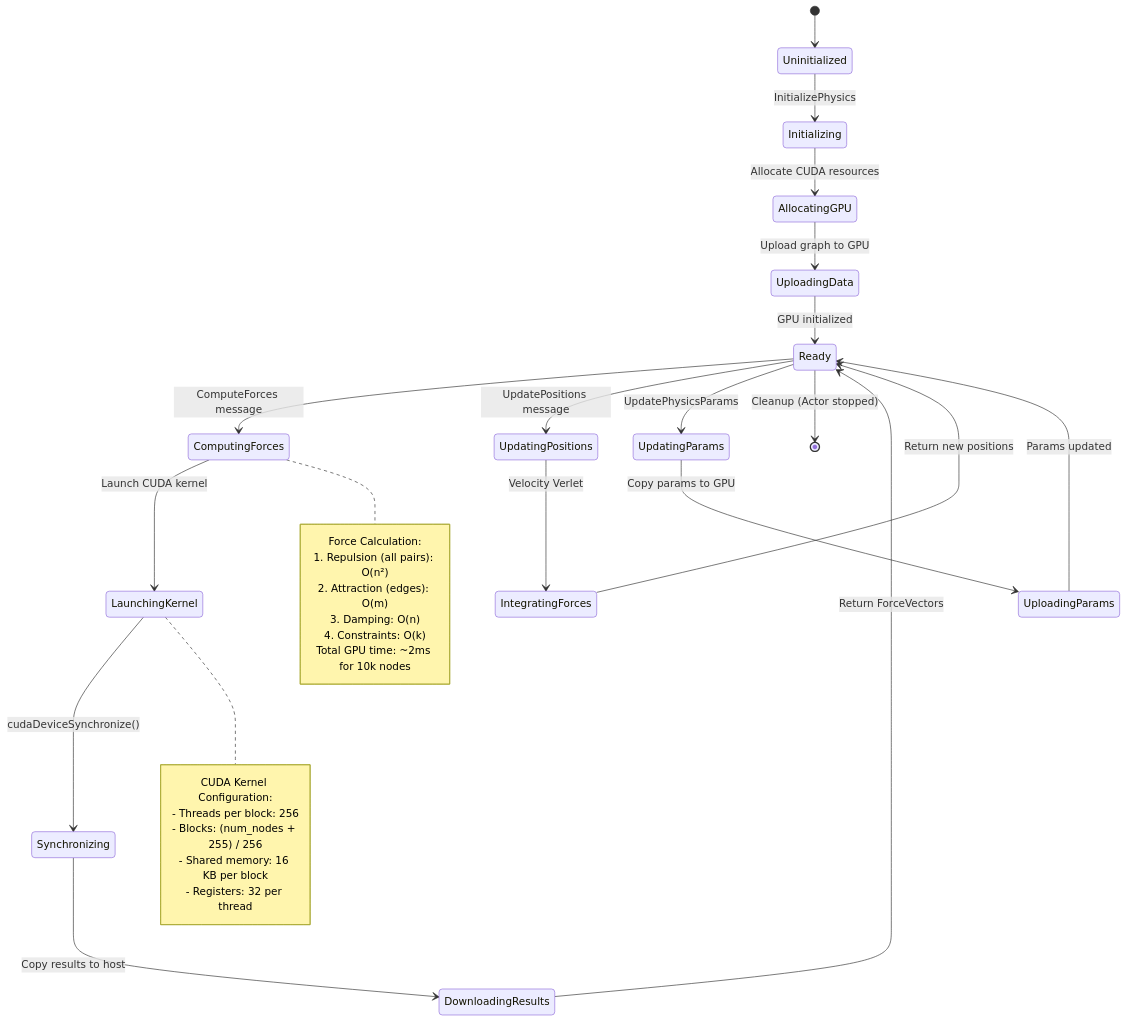
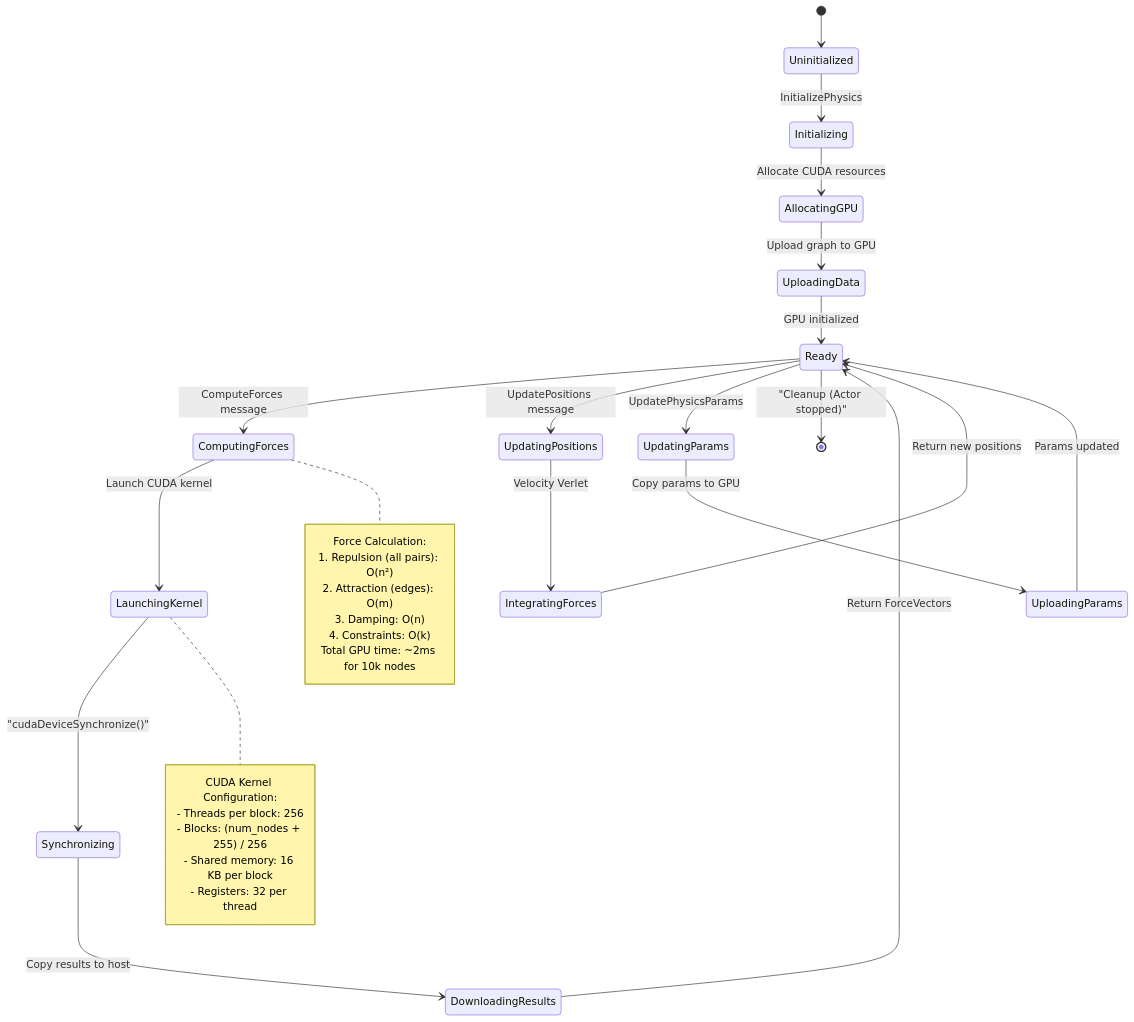
One commit to DreamLab-AI/VisionFlow changed diagram 17 of 23 in docs/diagrams/server/actors/actor-system-complete.md. Above: the diagram before and after it, drawn with Mermaid. The commit also changed other lines of this file and 39 other files, not shown here.

````diff
--- a/docs/diagrams/server/actors/actor-system-complete.md
+++ b/docs/diagrams/server/actors/actor-system-complete.md
@@ -1027,42 +1027,42 @@
 ```mermaid
 stateDiagram-v2
     [*] --> Uninitialized
 
     Uninitialized --> Initializing: InitializePhysics
     Initializing --> AllocatingGPU: Allocate CUDA resources
     AllocatingGPU --> UploadingData: Upload graph to GPU
     UploadingData --> Ready: GPU initialized
 
     Ready --> ComputingForces: ComputeForces message
     ComputingForces --> LaunchingKernel: Launch CUDA kernel
-    LaunchingKernel --> Synchronizing: cudaDeviceSynchronize()
+    LaunchingKernel --> Synchronizing: "cudaDeviceSynchronize()"
     Synchronizing --> DownloadingResults: Copy results to host
     DownloadingResults --> Ready: Return ForceVectors
 
     Ready --> UpdatingPositions: UpdatePositions message
     UpdatingPositions --> IntegratingForces: Velocity Verlet
     IntegratingForces --> Ready: Return new positions
 
     Ready --> UpdatingParams: UpdatePhysicsParams
     UpdatingParams --> UploadingParams: Copy params to GPU
     UploadingParams --> Ready: Params updated
 
-    Ready --> [*]: Cleanup (Actor stopped)
+    Ready --> [*]: "Cleanup (Actor stopped)"
 
     note right of LaunchingKernel
         CUDA Kernel Configuration:
         - Threads per block: 256
         - Blocks: (num_nodes + 255) / 256
         - Shared memory: 16 KB per block
         - Registers: 32 per thread
     end note
 
     note right of ComputingForces
         Force Calculation:
         1. Repulsion (all pairs): O(n²)
         2. Attraction (edges): O(m)
         3. Damping: O(n)
         4. Constraints: O(k)
         Total GPU time: ~2ms for 10k nodes
     end note
 ```
````
